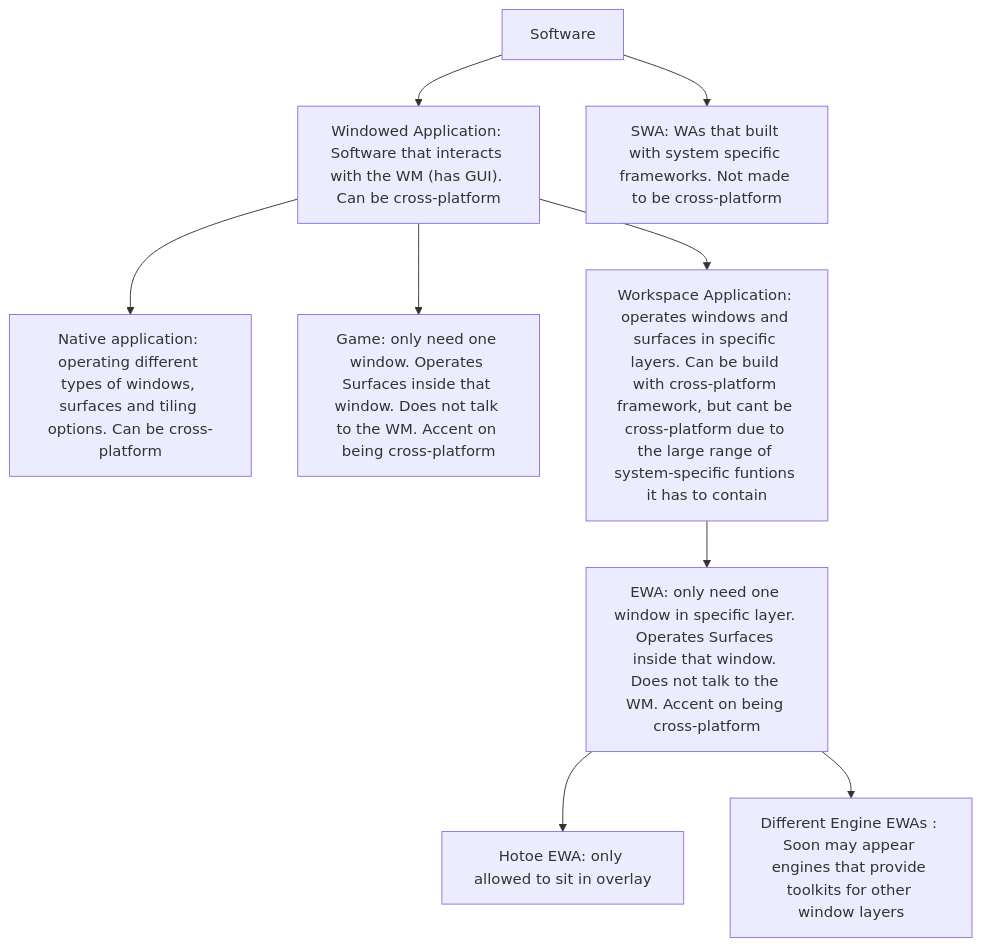
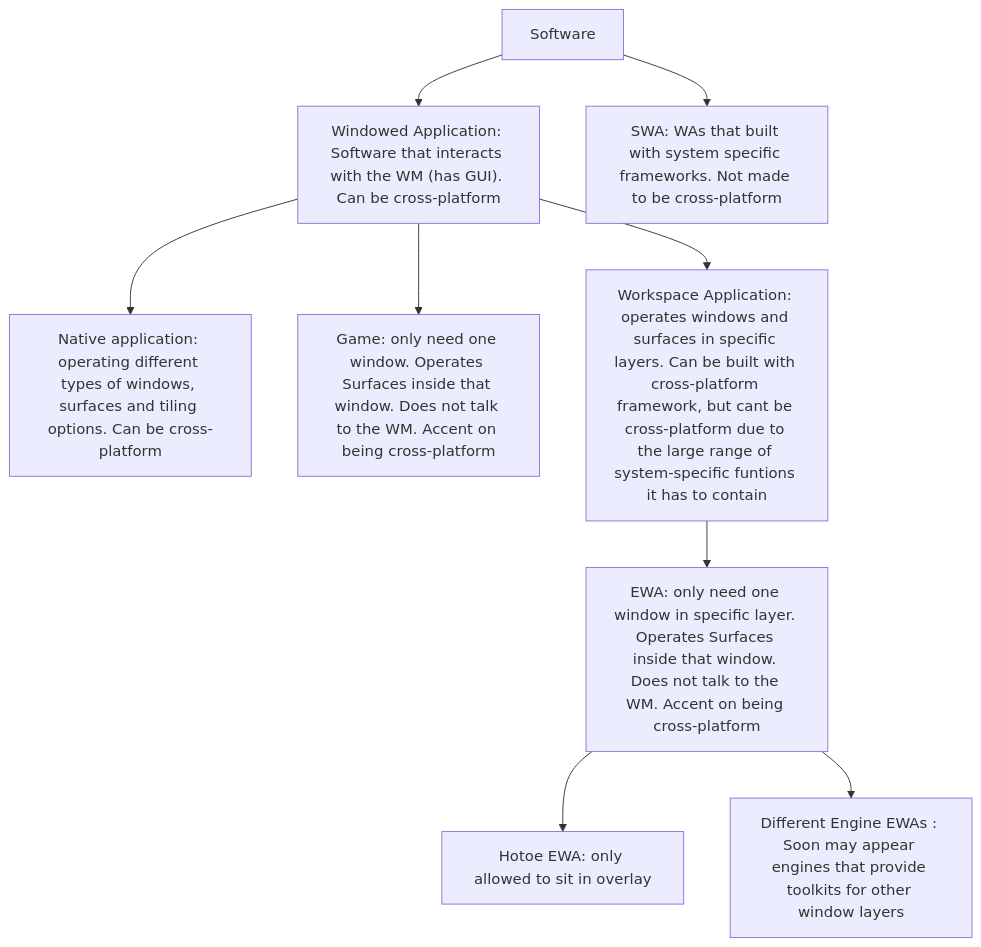
The diagram in PHILOSOPHY.md (KartofellFirst/Hotoe), drawn with Mermaid before and after one commit. The commit also changed other lines of this file, not shown here.

````diff
--- a/PHILOSOPHY.md
+++ b/PHILOSOPHY.md
@@ -233,11 +227,11 @@
   ```mermaid
     graph TD
         Software[Software] --> A["Windowed Application: Software that interacts with the WM (has GUI). Can be cross-platform"]
         A --> N["Native application: operating different types of windows, surfaces and tiling options. Can be cross-platform"]
         A --> G["Game: only need one window. Operates Surfaces inside that window. Does not talk to the WM. Accent on being cross-platform"]
-        A --> WA["Workspace Application: operates windows and surfaces in specific layers. Can be build with cross-platform framework, but cant be cross-platform due to the large range of system-specific funtions it has to contain"]
+        A --> WA["Workspace Application: operates windows and surfaces in specific layers. Can be built with cross-platform framework, but cant be cross-platform due to the large range of system-specific funtions it has to contain"]
         WA --> EWA[EWA: only need one window in specific layer. Operates Surfaces inside that window. Does not talk to the WM. Accent on being cross-platform]
         EWA --> Hotoe["Hotoe EWA: only allowed to sit in overlay"]
         EWA --> E["Different Engine EWAs : Soon may appear engines that provide toolkits for other window layers"]
         Software --> SWA["SWA: WAs that built with system specific frameworks. Not made to be cross-platform"]
   ```
````
